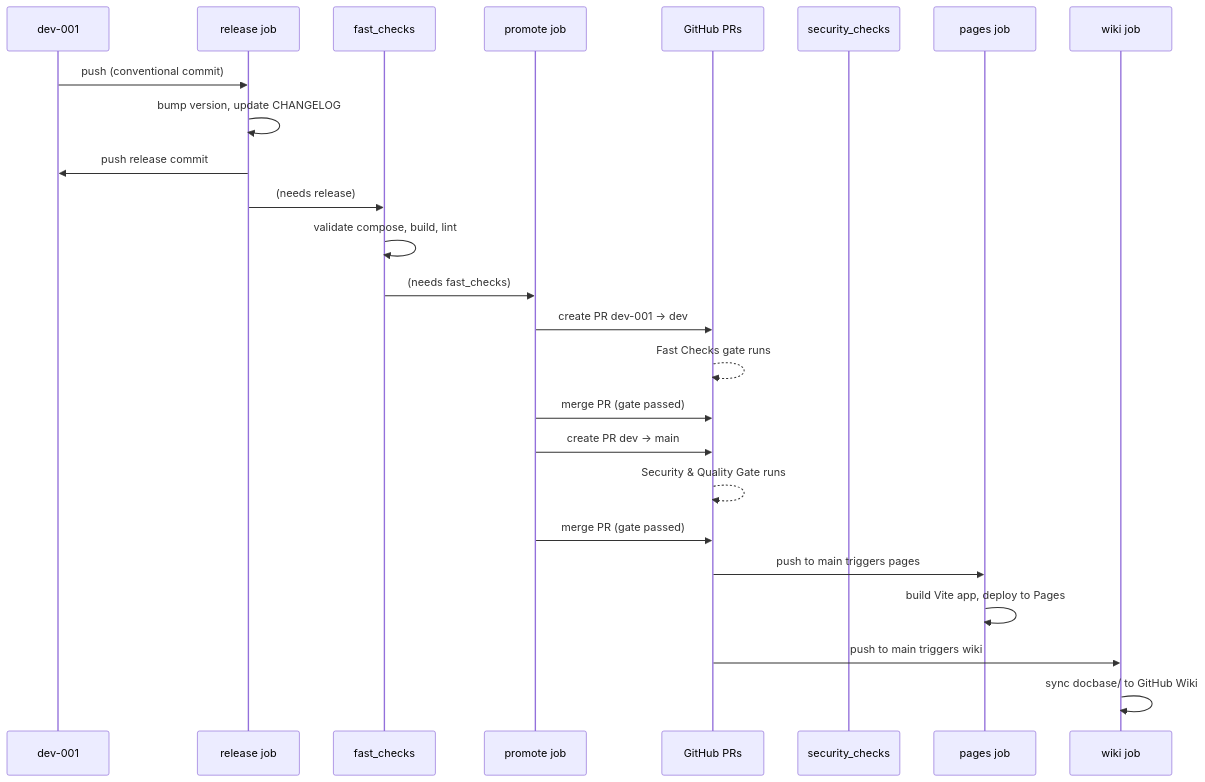
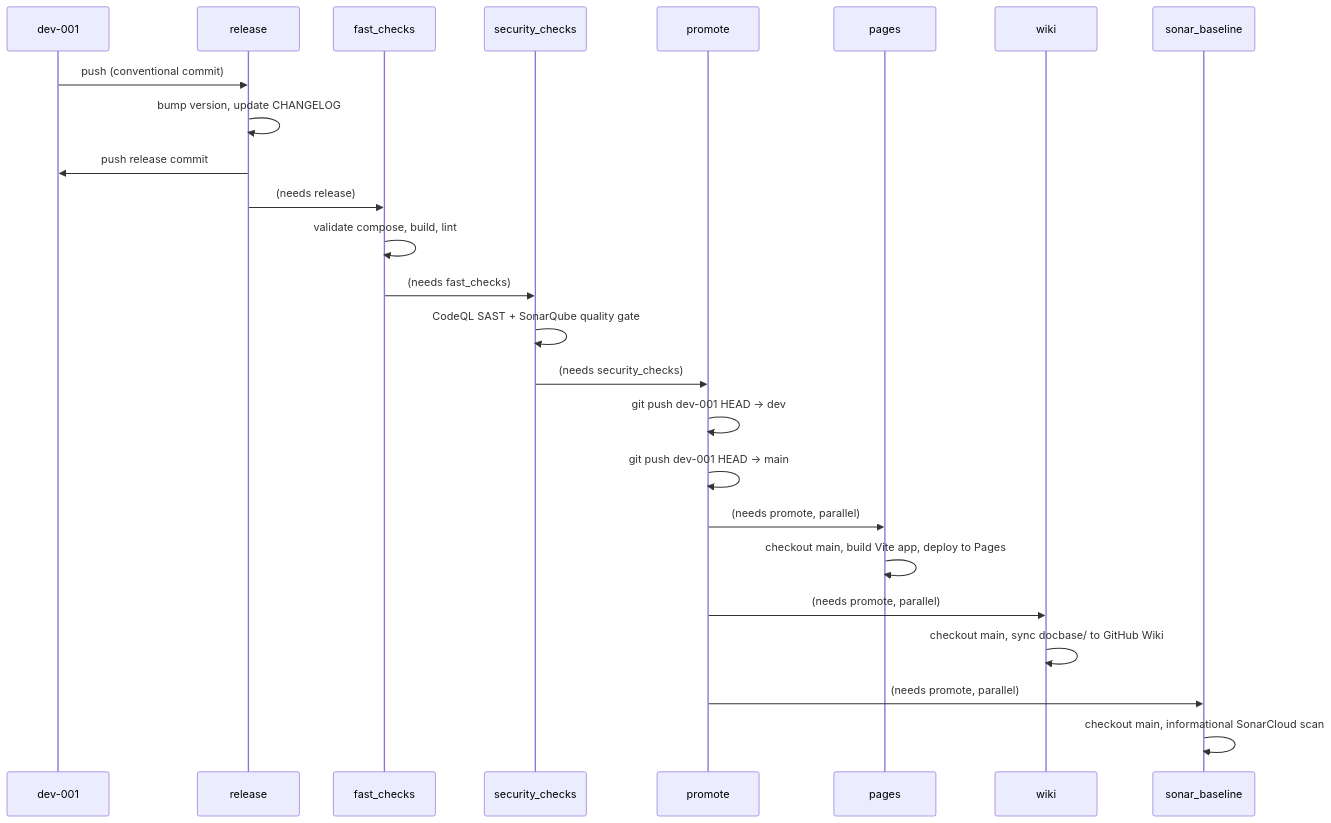
Before and after one commit to Mcc-Mak/opencode-sandbox-demo: the second of 4 diagrams in docbase/docs/CICD-Pipeline.md, drawn with Mermaid. The commit also changed other lines of this file and 4 other files, not shown here.

````diff
--- a/docbase/docs/CICD-Pipeline.md
+++ b/docbase/docs/CICD-Pipeline.md
@@ -44,28 +36,28 @@
 ```mermaid
 sequenceDiagram
   participant dev001 as dev-001
-  participant R as release job
+  participant R as release
   participant F as fast_checks
-  participant P as promote job
-  participant GH as GitHub PRs
   participant S as security_checks
-  participant PG as pages job
-  participant WK as wiki job
+  participant P as promote
+  participant PG as pages
+  participant WK as wiki
+  participant SB as sonar_baseline
 
   dev001->>R: push (conventional commit)
   R->>R: bump version, update CHANGELOG
   R->>dev001: push release commit
   R->>F: (needs release)
   F->>F: validate compose, build, lint
-  F->>P: (needs fast_checks)
-  P->>GH: create PR dev-001 → dev
-  GH-->>GH: Fast Checks gate runs
-  P->>GH: merge PR (gate passed)
-  P->>GH: create PR dev → main
-  GH-->>GH: Security & Quality Gate runs
-  P->>GH: merge PR (gate passed)
-  GH->>PG: push to main triggers pages
-  PG->>PG: build Vite app, deploy to Pages
-  GH->>WK: push to main triggers wiki
-  WK->>WK: sync docbase/ to GitHub Wiki
+  F->>S: (needs fast_checks)
+  S->>S: CodeQL SAST + SonarQube quality gate
+  S->>P: (needs security_checks)
+  P->>P: git push dev-001 HEAD → dev
+  P->>P: git push dev-001 HEAD → main
+  P->>PG: (needs promote, parallel)
+  PG->>PG: checkout main, build Vite app, deploy to Pages
+  P->>WK: (needs promote, parallel)
+  WK->>WK: checkout main, sync docbase/ to GitHub Wiki
+  P->>SB: (needs promote, parallel)
+  SB->>SB: checkout main, informational SonarCloud scan
 ```
````
